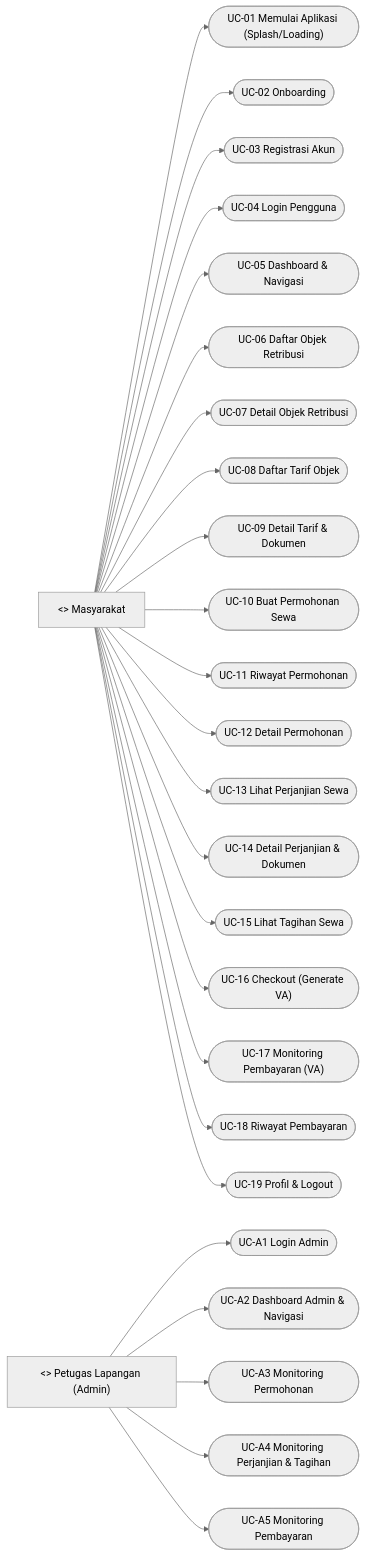
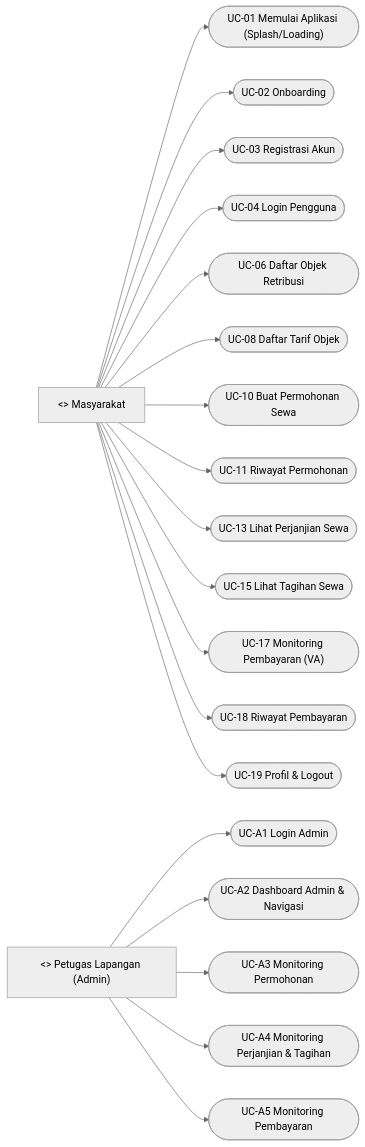
Before and after one commit to hugosmrgkr/tapatupa: the diagram in docs/USE_CASE_SCENARIOS.md, drawn with Mermaid (neutral theme). The commit also changed other lines of this file, not shown here.

````diff
--- a/docs/USE_CASE_SCENARIOS.md
+++ b/docs/USE_CASE_SCENARIOS.md
@@ -19,57 +19,45 @@
 ```mermaid
 flowchart LR
 	M["<<actor>> Masyarakat"]
 	A["<<actor>> Petugas Lapangan (Admin)"]
 
 	UC01(["UC-01 Memulai Aplikasi (Splash/Loading)"])
 	UC02(["UC-02 Onboarding"])
 	UC03(["UC-03 Registrasi Akun"])
 	UC04(["UC-04 Login Pengguna"])
-	UC05(["UC-05 Dashboard & Navigasi"])
 	UC06(["UC-06 Daftar Objek Retribusi"])
-	UC07(["UC-07 Detail Objek Retribusi"])
 	UC08(["UC-08 Daftar Tarif Objek"])
-	UC09(["UC-09 Detail Tarif & Dokumen"])
 	UC10(["UC-10 Buat Permohonan Sewa"])
 	UC11(["UC-11 Riwayat Permohonan"])
-	UC12(["UC-12 Detail Permohonan"])
 	UC13(["UC-13 Lihat Perjanjian Sewa"])
-	UC14(["UC-14 Detail Perjanjian & Dokumen"])
 	UC15(["UC-15 Lihat Tagihan Sewa"])
-	UC16(["UC-16 Checkout (Generate VA)"])
 	UC17(["UC-17 Monitoring Pembayaran (VA)"])
 	UC18(["UC-18 Riwayat Pembayaran"])
 	UC19(["UC-19 Profil & Logout"])
 
 	UCA1(["UC-A1 Login Admin"])
 	UCA2(["UC-A2 Dashboard Admin & Navigasi"])
 	UCA3(["UC-A3 Monitoring Permohonan"])
 	UCA4(["UC-A4 Monitoring Perjanjian & Tagihan"])
 	UCA5(["UC-A5 Monitoring Pembayaran"])
 
 	M --> UC01
 	M --> UC02
 	M --> UC03
 	M --> UC04
-	M --> UC05
 	M --> UC06
-	M --> UC07
 	M --> UC08
-	M --> UC09
 	M --> UC10
 	M --> UC11
-	M --> UC12
 	M --> UC13
-	M --> UC14
 	M --> UC15
-	M --> UC16
 	M --> UC17
 	M --> UC18
 	M --> UC19
 
 	A --> UCA1
 	A --> UCA2
 	A --> UCA3
 	A --> UCA4
 	A --> UCA5
 ```
````
